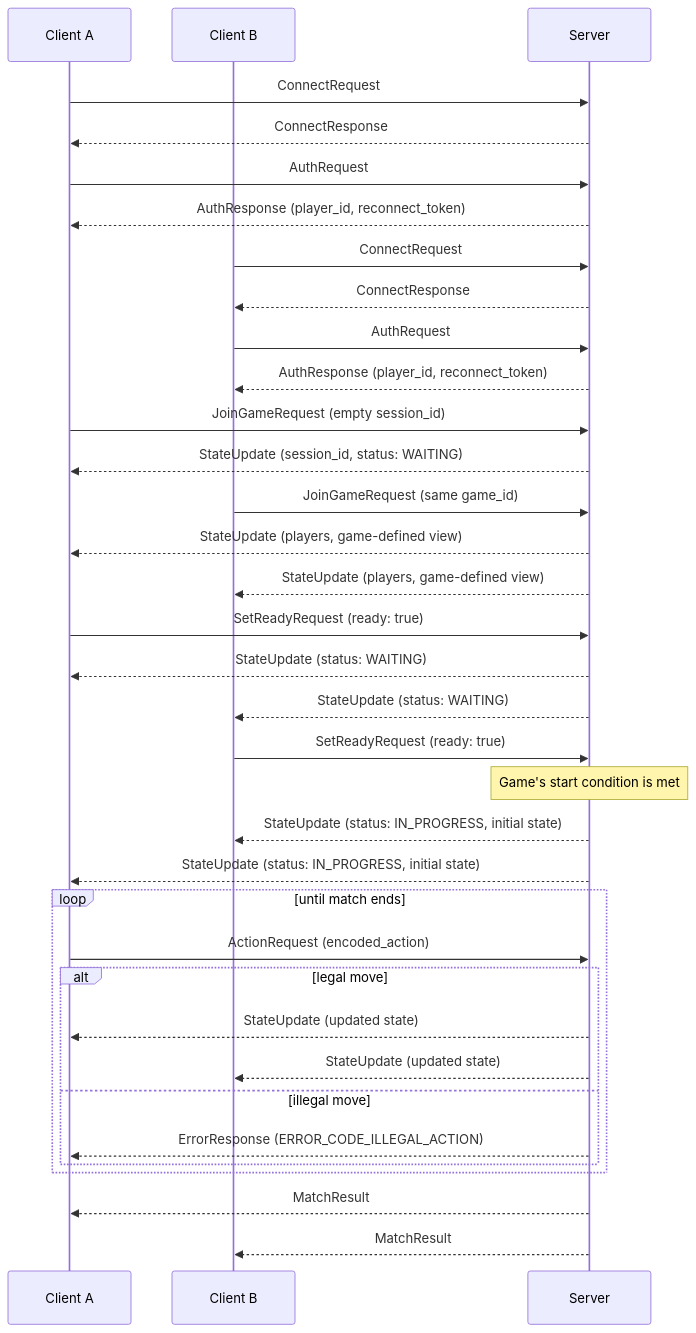
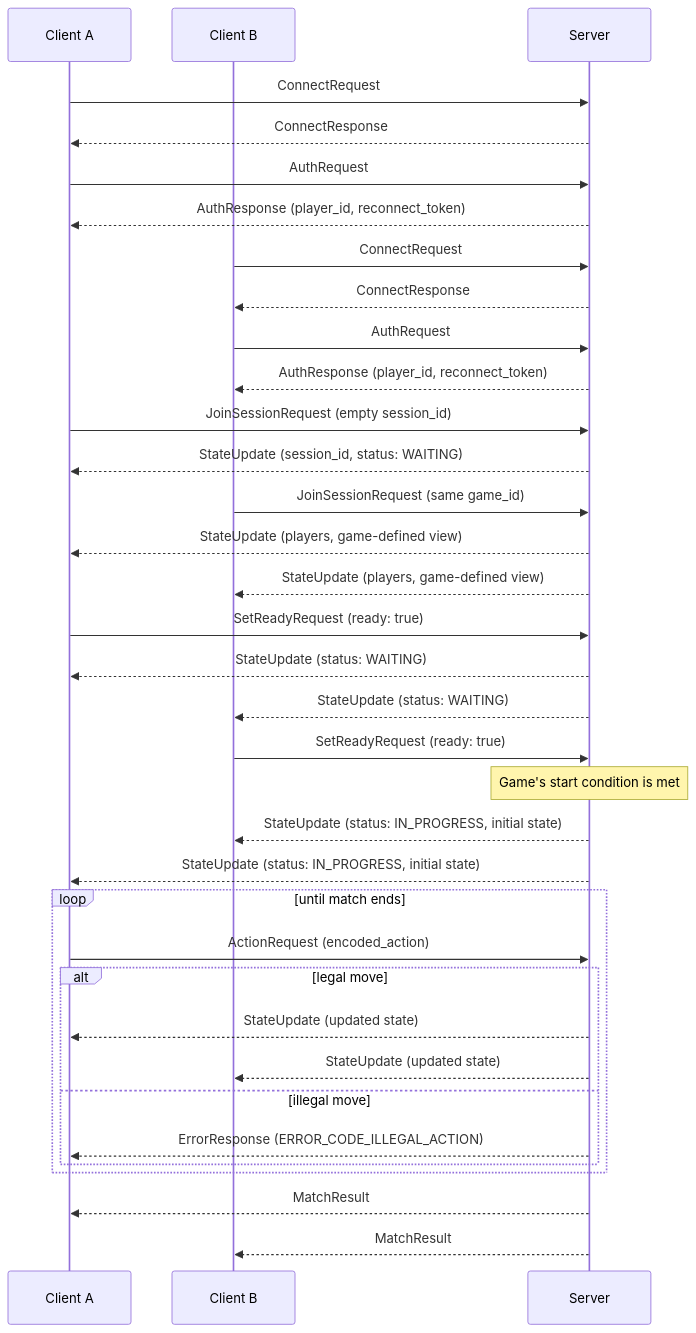
The diagram in docs/protocol.md (stevenlagoy/RAMServer-Core), drawn with Mermaid before and after one commit. The commit also changed other lines of this file, not shown here.

Commit message:
Update protocol documentation to replace 'JoinGameRequest' with 'JoinSessionRequest'

````diff
--- a/docs/protocol.md
+++ b/docs/protocol.md
@@ -307,43 +307,43 @@
 ```mermaid
 sequenceDiagram
     participant A as Client A
     participant B as Client B
     participant S as Server
 
     A->>S: ConnectRequest
     S-->>A: ConnectResponse
     A->>S: AuthRequest
     S-->>A: AuthResponse (player_id, reconnect_token)
 
     B->>S: ConnectRequest
     S-->>B: ConnectResponse
     B->>S: AuthRequest
     S-->>B: AuthResponse (player_id, reconnect_token)
 
-    A->>S: JoinGameRequest (empty session_id)
+    A->>S: JoinSessionRequest (empty session_id)
     S-->>A: StateUpdate (session_id, status: WAITING)
-    B->>S: JoinGameRequest (same game_id)
+    B->>S: JoinSessionRequest (same game_id)
     S-->>A: StateUpdate (players, game-defined view)
     S-->>B: StateUpdate (players, game-defined view)
 
     A->>S: SetReadyRequest (ready: true)
     S-->>A: StateUpdate (status: WAITING)
     S-->>B: StateUpdate (status: WAITING)
     B->>S: SetReadyRequest (ready: true)
     Note over S: Game's start condition is met
     S-->>B: StateUpdate (status: IN_PROGRESS, initial state)
     S-->>A: StateUpdate (status: IN_PROGRESS, initial state)
 
     loop until match ends
         A->>S: ActionRequest (encoded_action)
         alt legal move
             S-->>A: StateUpdate (updated state)
             S-->>B: StateUpdate (updated state)
         else illegal move
             S-->>A: ErrorResponse (ERROR_CODE_ILLEGAL_ACTION)
         end
     end
 
     S-->>A: MatchResult
     S-->>B: MatchResult
 ```
````
